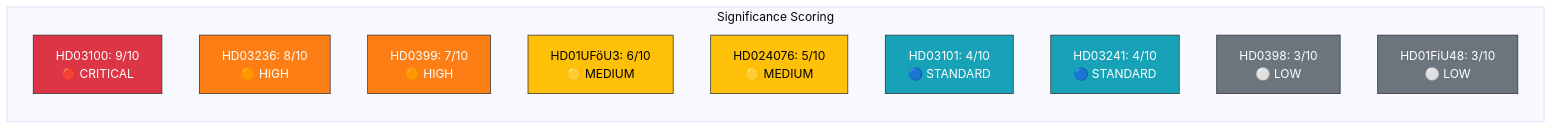
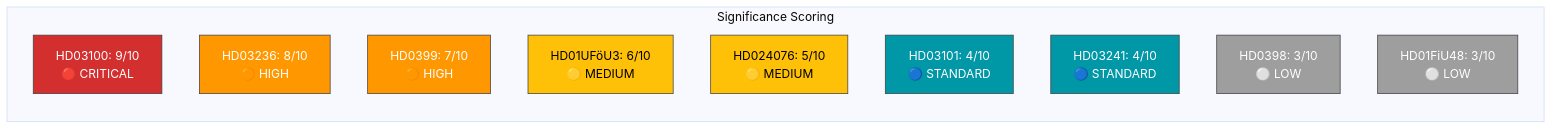
Before and after one commit to Hack23/riksdagsmonitor: the diagram in analysis/daily/2026-04-13/realtime-1433/significance-scoring.md, drawn with Mermaid (base theme). The commit also changed 785 other files, not shown here.

First line of the commit message:
Normalize mermaid colors across 786 analysis artifacts to ISMS Style Guide palette

````diff
--- a/analysis/daily/2026-04-13/realtime-1433/significance-scoring.md
+++ b/analysis/daily/2026-04-13/realtime-1433/significance-scoring.md
@@ -5,23 +5,23 @@
 ```mermaid
 graph LR
     subgraph "Significance Scoring"
         HD03100["HD03100: 9/10<br/>🔴 CRITICAL"]
         HD03236["HD03236: 8/10<br/>🟠 HIGH"]
         HD0399["HD0399: 7/10<br/>🟠 HIGH"]
         UFoU3["HD01UFöU3: 6/10<br/>🟡 MEDIUM"]
         HD024076["HD024076: 5/10<br/>🟡 MEDIUM"]
         HD03101["HD03101: 4/10<br/>🔵 STANDARD"]
         HD03241["HD03241: 4/10<br/>🔵 STANDARD"]
         HD0398["HD0398: 3/10<br/>⚪ LOW"]
         FiU48["HD01FiU48: 3/10<br/>⚪ LOW"]
     end
-    style HD03100 fill:#dc3545,stroke:#333,color:#fff
-    style HD03236 fill:#fd7e14,stroke:#333,color:#fff
-    style HD0399 fill:#fd7e14,stroke:#333,color:#fff
-    style UFoU3 fill:#ffc107,stroke:#333,color:#000
-    style HD024076 fill:#ffc107,stroke:#333,color:#000
-    style HD03101 fill:#17a2b8,stroke:#333,color:#fff
-    style HD03241 fill:#17a2b8,stroke:#333,color:#fff
-    style HD0398 fill:#6c757d,stroke:#333,color:#fff
-    style FiU48 fill:#6c757d,stroke:#333,color:#fff
+    style HD03100 fill:#D32F2F,stroke:#424242,color:#FFFFFF
+    style HD03236 fill:#FF9800,stroke:#424242,color:#FFFFFF
+    style HD0399 fill:#FF9800,stroke:#424242,color:#FFFFFF
+    style UFoU3 fill:#FFC107,stroke:#424242,color:#000000
+    style HD024076 fill:#FFC107,stroke:#424242,color:#000000
+    style HD03101 fill:#0097A7,stroke:#424242,color:#FFFFFF
+    style HD03241 fill:#0097A7,stroke:#424242,color:#FFFFFF
+    style HD0398 fill:#9E9E9E,stroke:#424242,color:#FFFFFF
+    style FiU48 fill:#9E9E9E,stroke:#424242,color:#FFFFFF
 ```
````
